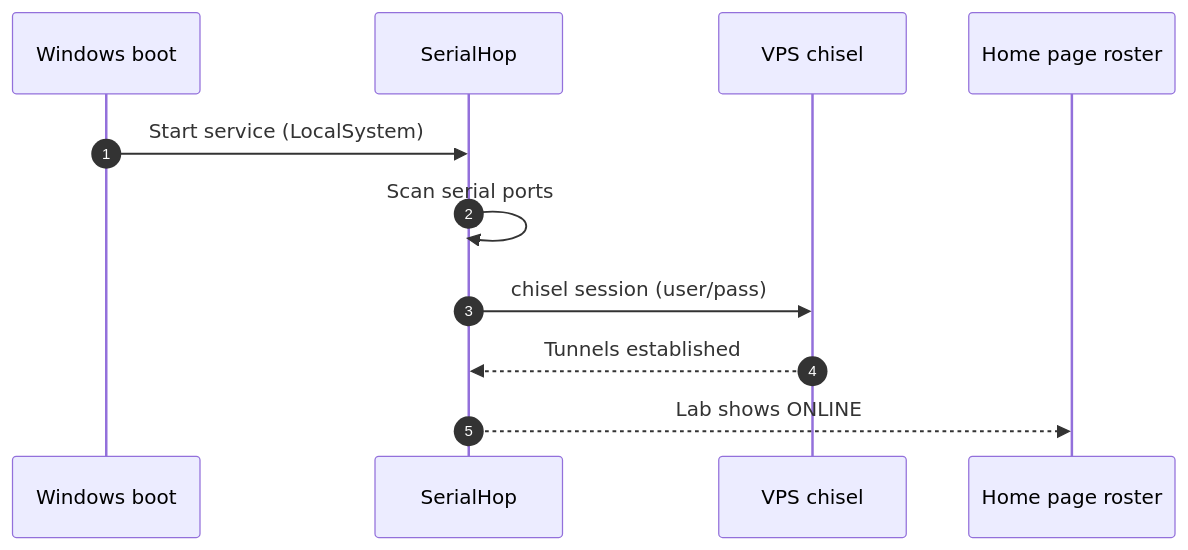
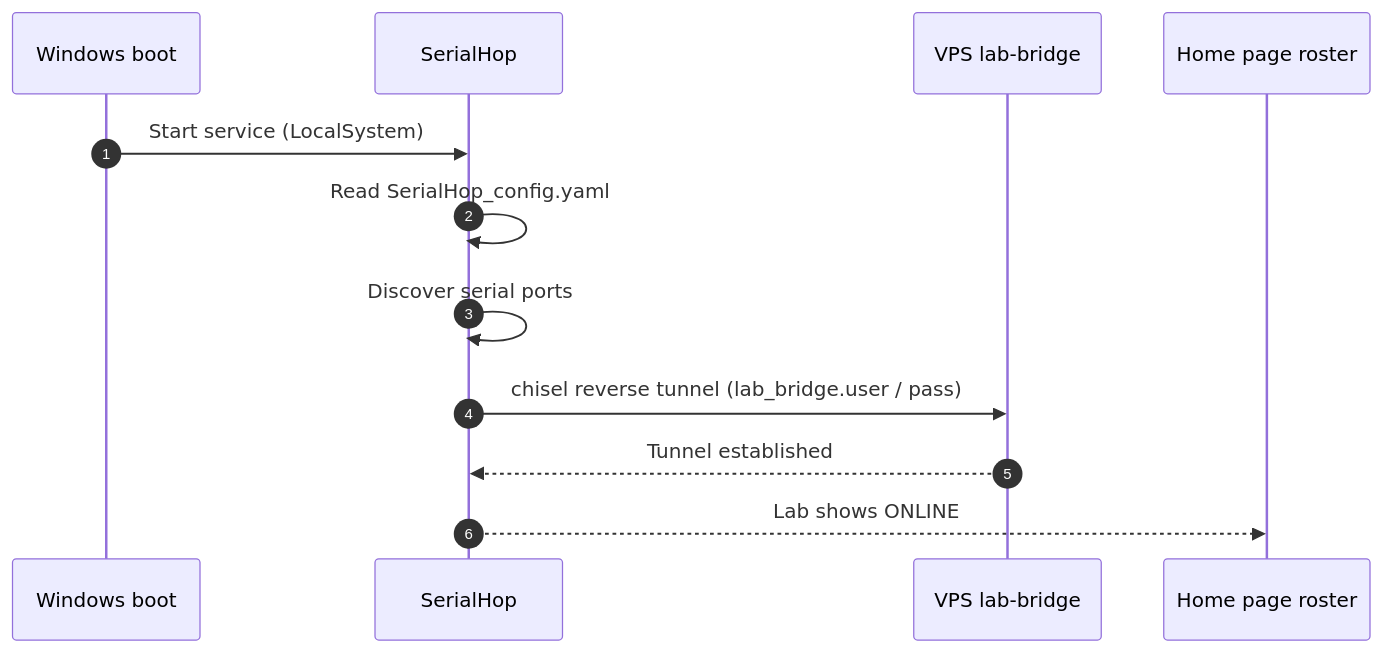
Before and after one commit to bioexperiment-lab-devices/lab-bridge: the diagram in public_docs/operator/setup-lab-pc.md, drawn with Mermaid. The commit also changed other lines of this file and 2 other files, not shown here.

First line of the commit message:
docs(operator): rewrite operator section against current SerialHop config

````diff
--- a/public_docs/operator/setup-lab-pc.md
+++ b/public_docs/operator/setup-lab-pc.md
@@ -51,14 +51,15 @@
 ```mermaid
 sequenceDiagram
     autonumber
     participant W as Windows boot
     participant S as SerialHop
-    participant V as VPS chisel
+    participant V as VPS lab-bridge
     participant H as Home page roster
 
     W->>S: Start service (LocalSystem)
-    S->>S: Scan serial ports
-    S->>V: chisel session (user/pass)
-    V-->>S: Tunnels established
+    S->>S: Read SerialHop_config.yaml
+    S->>S: Discover serial ports
+    S->>V: chisel reverse tunnel (lab_bridge.user / pass)
+    V-->>S: Tunnel established
     S-->>H: Lab shows ONLINE
 ```
````
